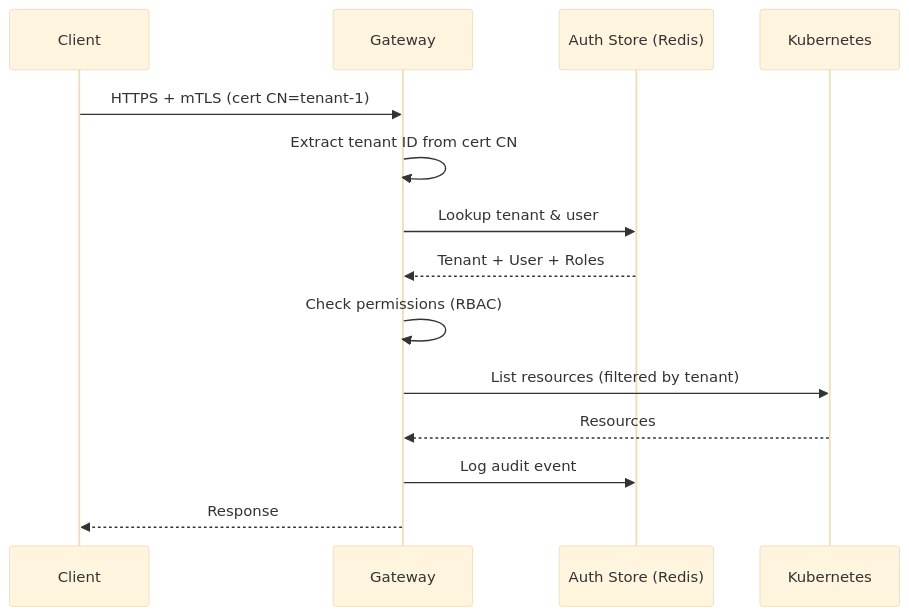
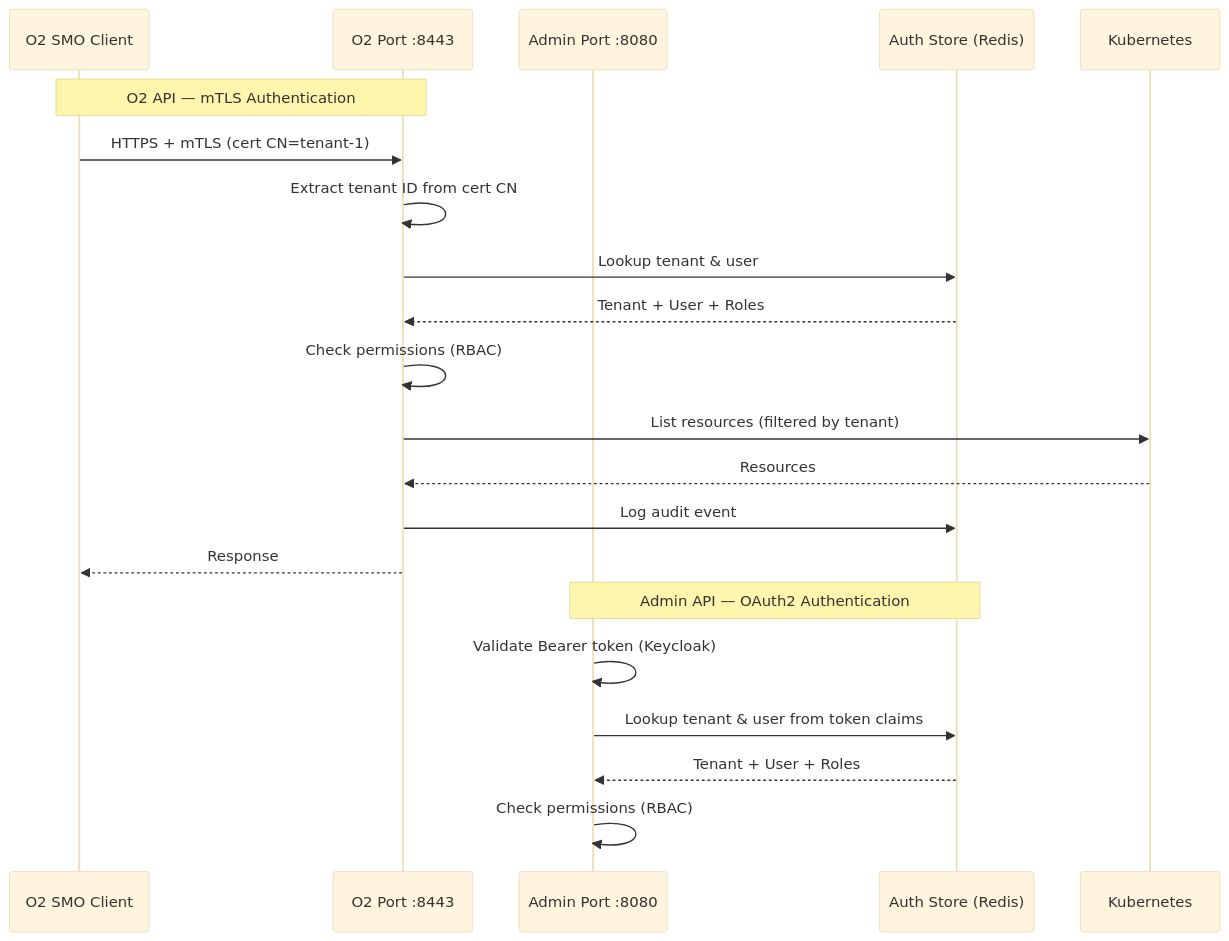
Before and after one commit to piwi3910/netweave: the second of 2 diagrams in docs/configuration/security.md, drawn with Mermaid (base theme). The commit also changed other lines of this file and 7 other files, not shown here.

First line of the commit message:
[Docs] Update documentation for multi-port gateway architecture

````diff
--- a/docs/configuration/security.md
+++ b/docs/configuration/security.md
@@ -890,17 +922,25 @@
 ```mermaid
 sequenceDiagram
-    participant Client
-    participant GW as Gateway
+    participant SMO as O2 SMO Client
+    participant O2 as O2 Port :8443
+    participant Admin as Admin Port :8080
     participant Auth as Auth Store (Redis)
     participant K8s as Kubernetes
 
-    Client->>GW: HTTPS + mTLS (cert CN=tenant-1)
-    GW->>GW: Extract tenant ID from cert CN
-    GW->>Auth: Lookup tenant & user
-    Auth-->>GW: Tenant + User + Roles
-    GW->>GW: Check permissions (RBAC)
-    GW->>K8s: List resources (filtered by tenant)
-    K8s-->>GW: Resources
-    GW->>Auth: Log audit event
-    GW-->>Client: Response
+    Note over SMO,O2: O2 API — mTLS Authentication
+    SMO->>O2: HTTPS + mTLS (cert CN=tenant-1)
+    O2->>O2: Extract tenant ID from cert CN
+    O2->>Auth: Lookup tenant & user
+    Auth-->>O2: Tenant + User + Roles
+    O2->>O2: Check permissions (RBAC)
+    O2->>K8s: List resources (filtered by tenant)
+    K8s-->>O2: Resources
+    O2->>Auth: Log audit event
+    O2-->>SMO: Response
+
+    Note over Admin,Auth: Admin API — OAuth2 Authentication
+    Admin->>Admin: Validate Bearer token (Keycloak)
+    Admin->>Auth: Lookup tenant & user from token claims
+    Auth-->>Admin: Tenant + User + Roles
+    Admin->>Admin: Check permissions (RBAC)
 ```
````
